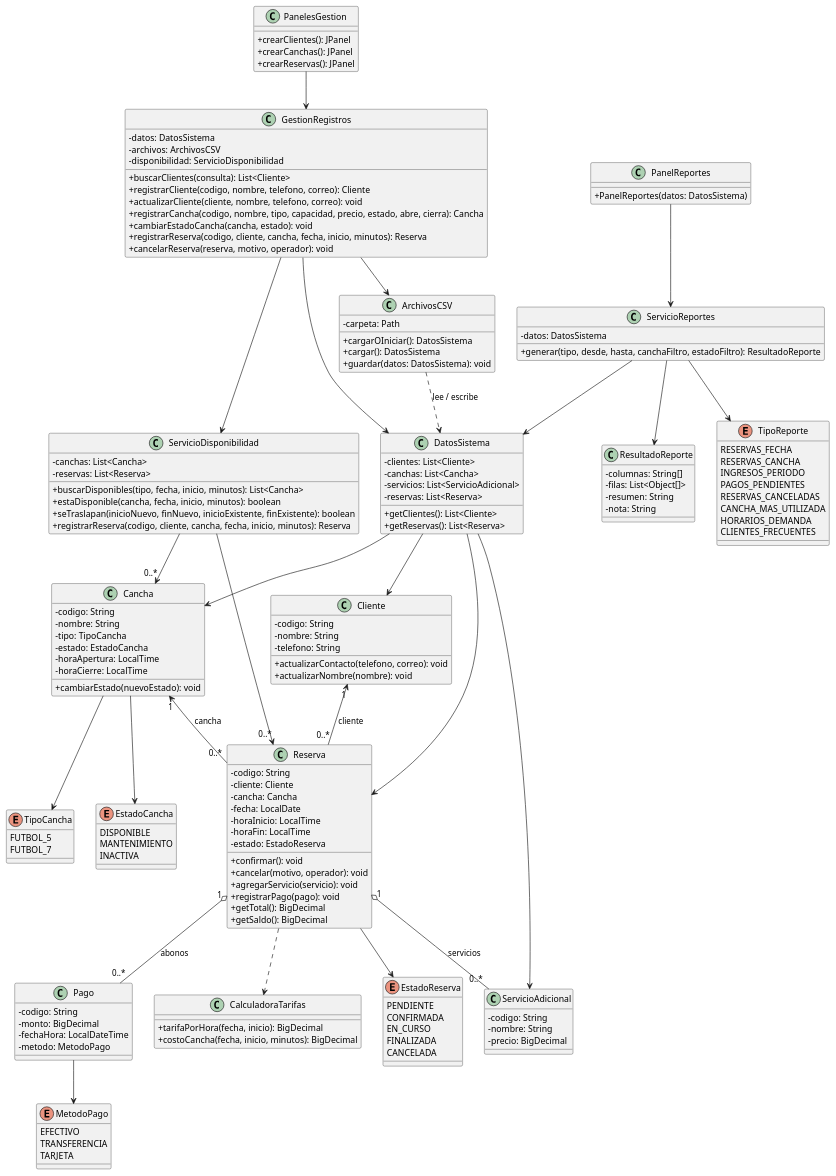
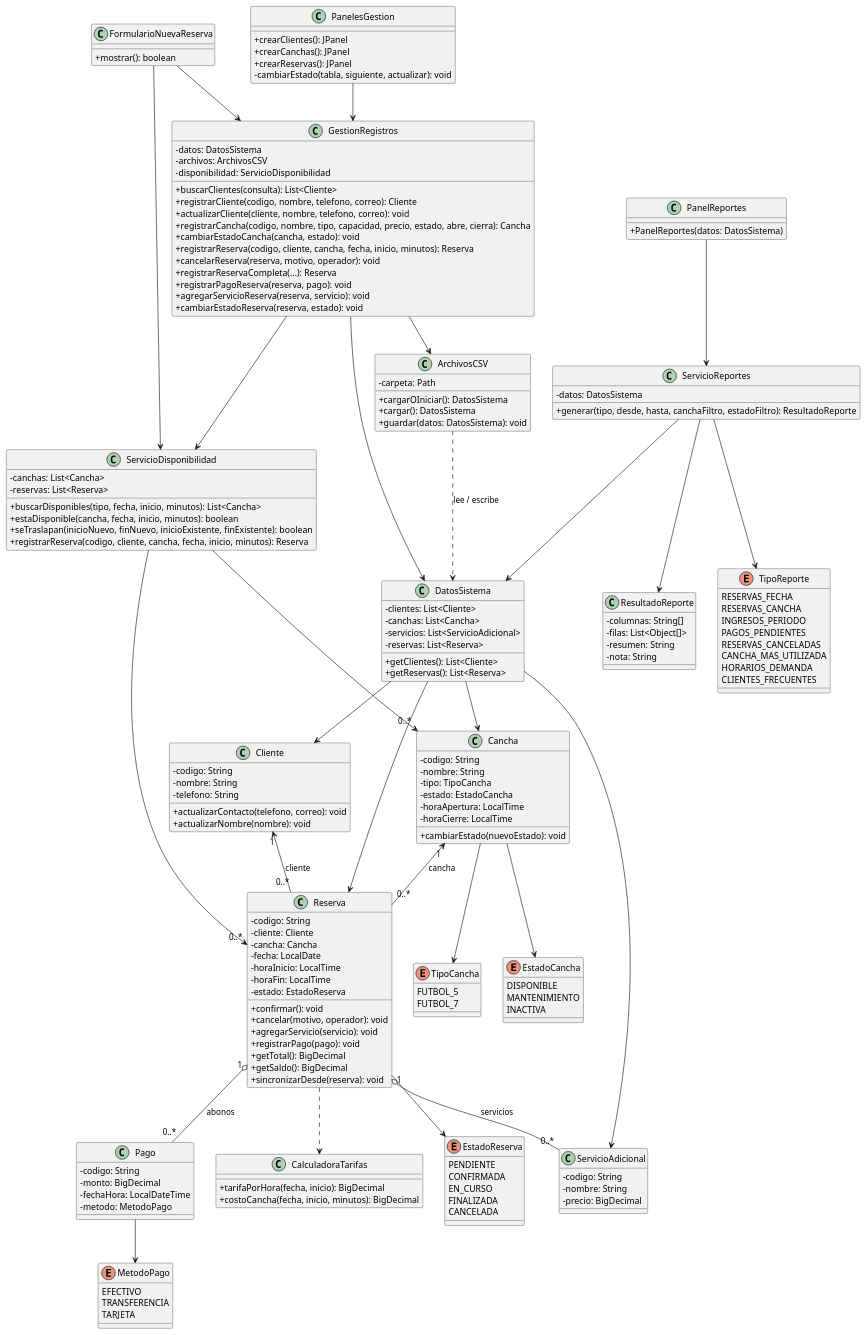
The diagram in diagrama_clases.puml (CacheJR/Proyecto-Programacion-II), drawn with PlantUML before and after one commit. The commit also changed 9 other files, not shown here.

```diff
--- a/diagrama_clases.puml
+++ b/diagrama_clases.puml
@@ -1,157 +1,168 @@
 @startuml
 skinparam classAttributeIconSize 0
 class Cliente {
   - codigo: String
   - nombre: String
   - telefono: String
   + actualizarContacto(telefono, correo): void
   + actualizarNombre(nombre): void
 }
 class Cancha {
   - codigo: String
   - nombre: String
   - tipo: TipoCancha
   - estado: EstadoCancha
   - horaApertura: LocalTime
   - horaCierre: LocalTime
   + cambiarEstado(nuevoEstado): void
 }
 class Reserva {
   - codigo: String
   - cliente: Cliente
   - cancha: Cancha
   - fecha: LocalDate
   - horaInicio: LocalTime
   - horaFin: LocalTime
   - estado: EstadoReserva
   + confirmar(): void
   + cancelar(motivo, operador): void
   + agregarServicio(servicio): void
   + registrarPago(pago): void
   + getTotal(): BigDecimal
   + getSaldo(): BigDecimal
+  + sincronizarDesde(reserva): void
 }
 class Pago {
   - codigo: String
   - monto: BigDecimal
   - fechaHora: LocalDateTime
   - metodo: MetodoPago
 }
 class ServicioAdicional {
   - codigo: String
   - nombre: String
   - precio: BigDecimal
 }
 class CalculadoraTarifas {
   + tarifaPorHora(fecha, inicio): BigDecimal
   + costoCancha(fecha, inicio, minutos): BigDecimal
 }
 enum MetodoPago {
   EFECTIVO
   TRANSFERENCIA
   TARJETA
 }
 Pago --> MetodoPago
 Reserva ..> CalculadoraTarifas
 class ServicioDisponibilidad {
   - canchas: List<Cancha>
   - reservas: List<Reserva>
   + buscarDisponibles(tipo, fecha, inicio, minutos): List<Cancha>
   + estaDisponible(cancha, fecha, inicio, minutos): boolean
   + seTraslapan(inicioNuevo, finNuevo, inicioExistente, finExistente): boolean
   + registrarReserva(codigo, cliente, cancha, fecha, inicio, minutos): Reserva
 }
 enum EstadoCancha {
  DISPONIBLE
  MANTENIMIENTO
  INACTIVA
 }
 enum EstadoReserva {
  PENDIENTE
  CONFIRMADA
  EN_CURSO
  FINALIZADA
  CANCELADA
 }
 enum TipoCancha {
  FUTBOL_5
  FUTBOL_7
 }
 Cliente "1" <-- "0..*" Reserva : cliente
 Cancha "1" <-- "0..*" Reserva : cancha
 Cancha --> EstadoCancha
 Cancha --> TipoCancha
 Reserva "1" o-- "0..*" Pago : abonos
 Reserva "1" o-- "0..*" ServicioAdicional : servicios
 Reserva --> EstadoReserva
 ServicioDisponibilidad --> "0..*" Cancha
 ServicioDisponibilidad --> "0..*" Reserva
 class GestionRegistros {
   - datos: DatosSistema
   - archivos: ArchivosCSV
   - disponibilidad: ServicioDisponibilidad
   + buscarClientes(consulta): List<Cliente>
   + registrarCliente(codigo, nombre, telefono, correo): Cliente
   + actualizarCliente(cliente, nombre, telefono, correo): void
   + registrarCancha(codigo, nombre, tipo, capacidad, precio, estado, abre, cierra): Cancha
   + cambiarEstadoCancha(cancha, estado): void
   + registrarReserva(codigo, cliente, cancha, fecha, inicio, minutos): Reserva
   + cancelarReserva(reserva, motivo, operador): void
+  + registrarReservaCompleta(...): Reserva
+  + registrarPagoReserva(reserva, pago): void
+  + agregarServicioReserva(reserva, servicio): void
+  + cambiarEstadoReserva(reserva, estado): void
 }
+class FormularioNuevaReserva {
+  + mostrar(): boolean
+}
+FormularioNuevaReserva --> GestionRegistros
+FormularioNuevaReserva --> ServicioDisponibilidad
 class PanelesGestion {
   + crearClientes(): JPanel
   + crearCanchas(): JPanel
   + crearReservas(): JPanel
+  - cambiarEstado(tabla, siguiente, actualizar): void
 }
 PanelesGestion --> GestionRegistros
 GestionRegistros --> DatosSistema
 GestionRegistros --> ArchivosCSV
 GestionRegistros --> ServicioDisponibilidad
 class DatosSistema {
   - clientes: List<Cliente>
   - canchas: List<Cancha>
   - servicios: List<ServicioAdicional>
   - reservas: List<Reserva>
   + getClientes(): List<Cliente>
   + getReservas(): List<Reserva>
 }
 class ArchivosCSV {
   - carpeta: Path
   + cargarOIniciar(): DatosSistema
   + cargar(): DatosSistema
   + guardar(datos: DatosSistema): void
 }
 ArchivosCSV ..> DatosSistema : lee / escribe
 DatosSistema --> Cliente
 DatosSistema --> Cancha
 DatosSistema --> Reserva
 DatosSistema --> ServicioAdicional
 ' Avance 07: nuevas clases de reportes
 class PanelReportes {
   + PanelReportes(datos: DatosSistema)
 }
 class ServicioReportes {
   - datos: DatosSistema
   + generar(tipo, desde, hasta, canchaFiltro, estadoFiltro): ResultadoReporte
 }
 class ResultadoReporte {
   - columnas: String[]
   - filas: List<Object[]>
   - resumen: String
   - nota: String
 }
 enum TipoReporte {
   RESERVAS_FECHA
   RESERVAS_CANCHA
   INGRESOS_PERIODO
   PAGOS_PENDIENTES
   RESERVAS_CANCELADAS
   CANCHA_MAS_UTILIZADA
   HORARIOS_DEMANDA
   CLIENTES_FRECUENTES
 }
 PanelReportes --> ServicioReportes
 ServicioReportes --> ResultadoReporte
 ServicioReportes --> TipoReporte
 ServicioReportes --> DatosSistema
 @enduml
```
